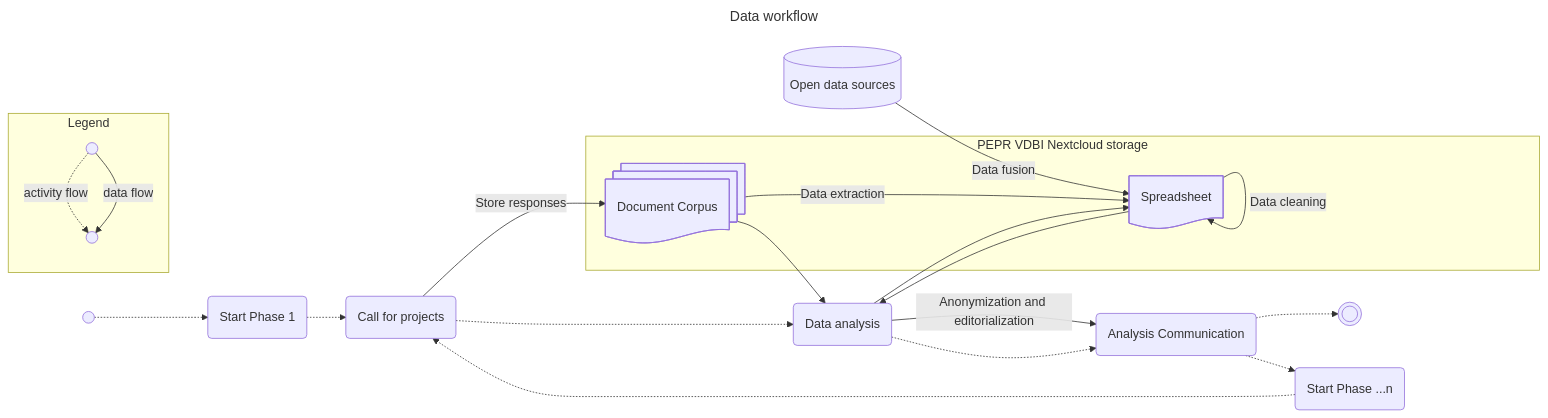
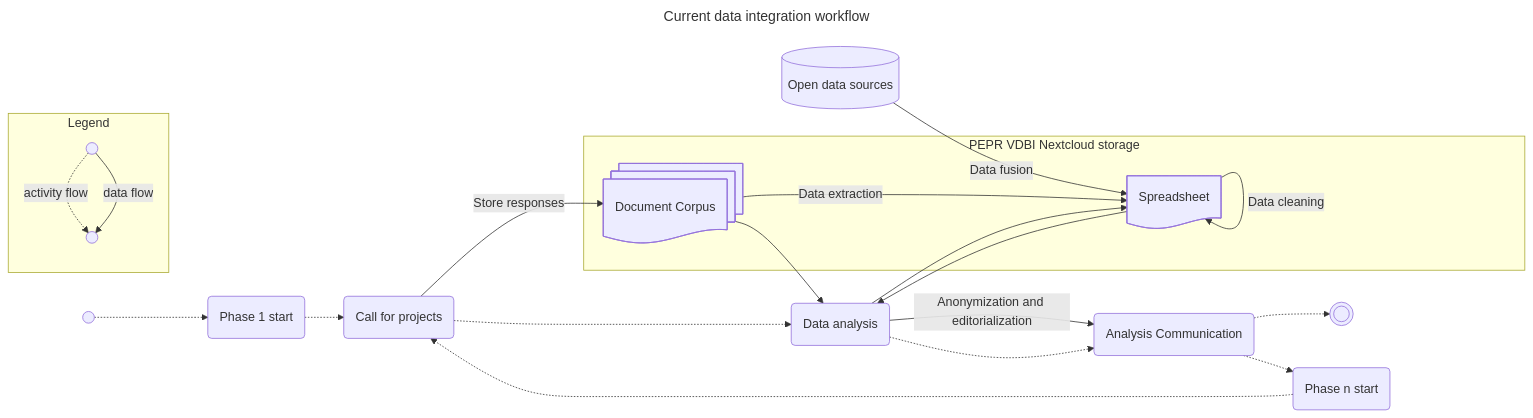
Before and after one commit to VCityTeam/PEPR-VDBI: the diagram in data-visualization/src/index.md, drawn with Mermaid. The commit also changed other lines of this file and 20 other files, not shown here.

````diff
--- a/data-visualization/src/index.md
+++ b/data-visualization/src/index.md
@@ -57,33 +64,33 @@
 ```mermaid
 ---
-title: Data workflow
+title: Current data integration workflow
 config:
   theme: default
 ---
 flowchart LR
-  Start(( )) -.-> ZZ(Start Phase 1)
+  Start(( )) -.-> ZZ(Phase 1 start)
   ZZ -.-> Call(Call for projects)
   F[(Open data sources)] -->|Data fusion| DB
   DA -->|Anonymization and editorialization| AC(Analysis Communication)
   Call -.-> DA(Data analysis)
   DA -.-> AC
   AC -.-> End((( )))
-  AC -.-> P(Start Phase ...n)
+  AC -.-> P(Phase n start)
   P -.-> Call
   Call -->|Store responses| DC
   DC -->|Data extraction| DB
   DB -->|Data cleaning| DB
   DB --> DA
   DA --> DB
   DC --> DA
 
   subgraph PEPR VDBI Nextcloud storage
     DC@{ shape: docs, label: "Document Corpus"}
     DB@{ shape: doc, label: "Spreadsheet"}
-  end 
+  end
 
   subgraph Legend
     a(( )) -.->|activity flow| b(( ))
     a(( )) -->|data flow| b(( ))
   end
 ```
````
